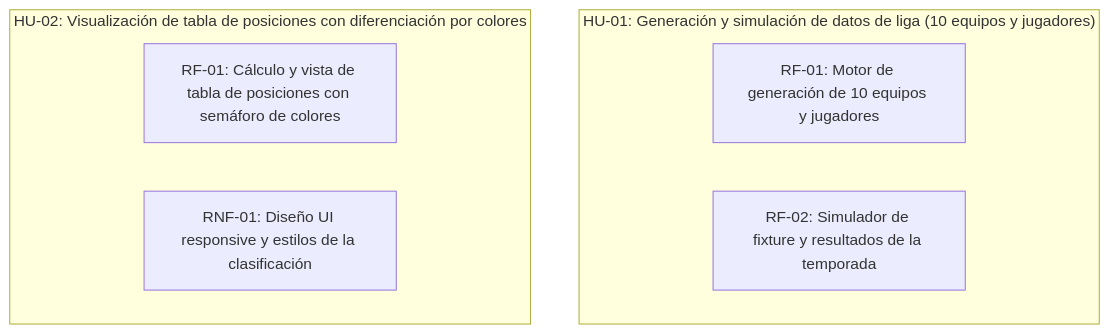
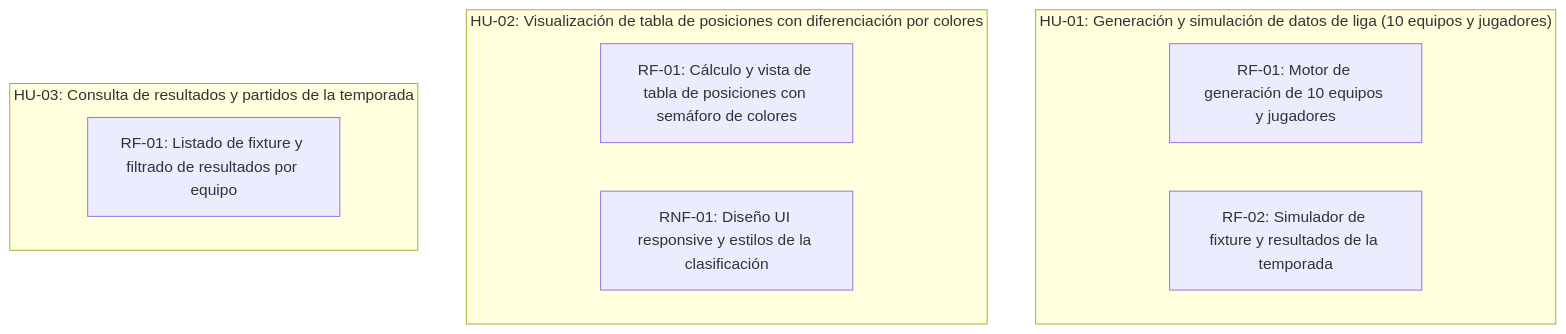
Before and after one commit to Agustin-PerezR/pruebas: the diagram in scrumDocs/grafo.md, drawn with Mermaid. The commit also changed other lines of this file, not shown here.

Commit message:
Auto-publish: actualiza scrumDocs/grafo.md

````diff
--- a/scrumDocs/grafo.md
+++ b/scrumDocs/grafo.md
@@ -5,11 +5,14 @@
 ```mermaid
 graph TD
   subgraph US_1789500774004["HU-01: Generación y simulación de datos de liga (10 equipos y jugadores)"]
     REQ_1789501307396["RF-01: Motor de generación de 10 equipos y jugadores"]
     REQ_1789501323521["RF-02: Simulador de fixture y resultados de la temporada"]
   end
   subgraph US_1789500801469["HU-02: Visualización de tabla de posiciones con diferenciación por colores"]
     REQ_1789501339015["RF-01: Cálculo y vista de tabla de posiciones con semáforo de colores"]
     REQ_1789501354292["RNF-01: Diseño UI responsive y estilos de la clasificación"]
   end
+  subgraph US_1789500818362["HU-03: Consulta de resultados y partidos de la temporada"]
+    REQ_1789501384835["RF-01: Listado de fixture y filtrado de resultados por equipo"]
+  end
 ```
````
